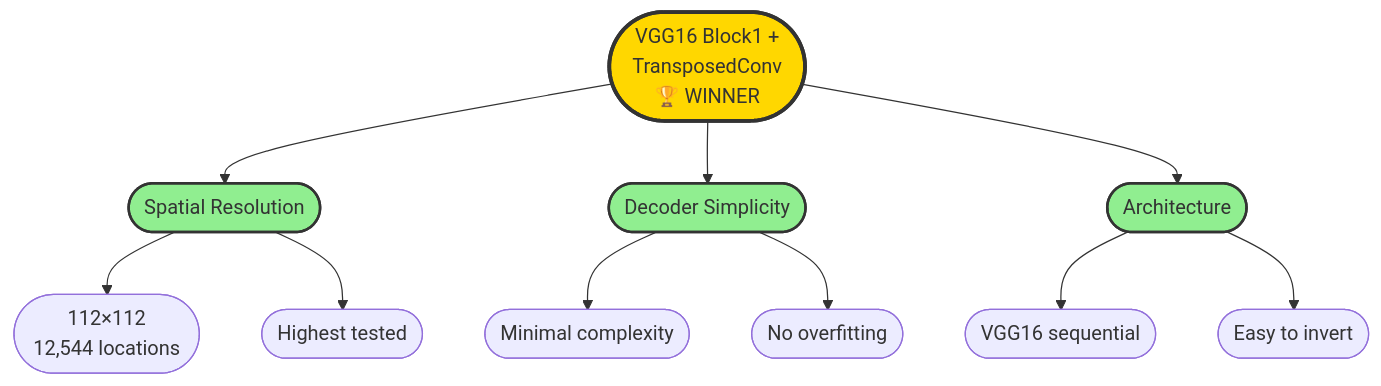
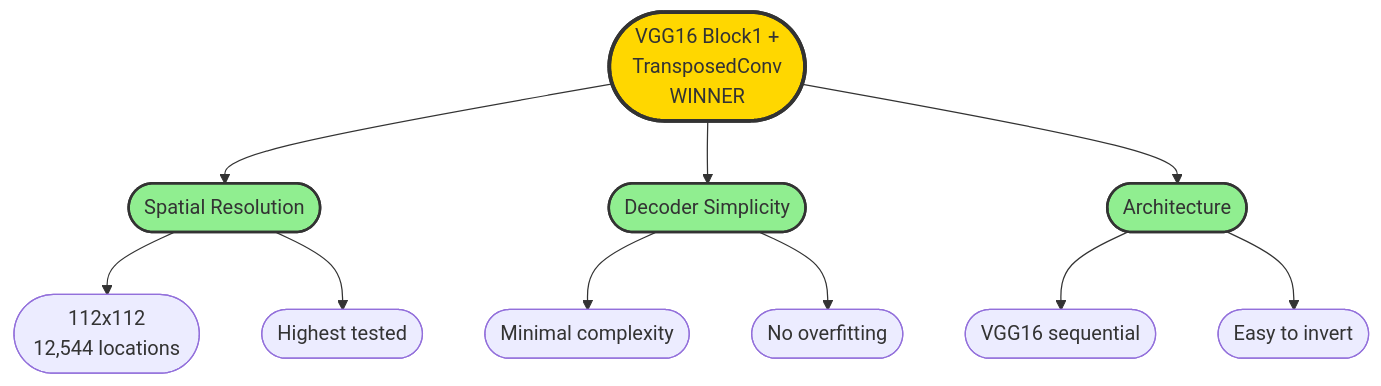
One commit to DanicaBlazanovic/CAP6415_F25_project_Input_Image_Reconstruction_from_Features changed the fifth of 5 diagrams in COMBINED_METHODOLOGY_RESULTS.md. Above: the diagram before and after it, drawn with Mermaid. The commit also changed other lines of this file, not shown here.

````diff
--- a/COMBINED_METHODOLOGY_RESULTS.md
+++ b/COMBINED_METHODOLOGY_RESULTS.md
@@ -298,21 +298,21 @@
 ```mermaid
 graph TB
-    Root([VGG16 Block1 +<br/>TransposedConv<br/>🏆 WINNER])
+    Root([VGG16 Block1 +<br/>TransposedConv<br/>WINNER])
     
     Root --> A([Spatial Resolution])
-    A --> A1([112×112<br/>12,544 locations])
+    A --> A1([112x112<br/>12,544 locations])
     A --> A2([Highest tested])
     
     Root --> B([Decoder Simplicity])
     B --> B1([Minimal complexity])
     B --> B2([No overfitting])
     
     Root --> C([Architecture])
     C --> C1([VGG16 sequential])
     C --> C2([Easy to invert])
     
     style Root fill:#FFD700,stroke:#333,stroke-width:3px
     style A fill:#90EE90,stroke:#333,stroke-width:2px
     style B fill:#90EE90,stroke:#333,stroke-width:2px
     style C fill:#90EE90,stroke:#333,stroke-width:2px
 ```
````
